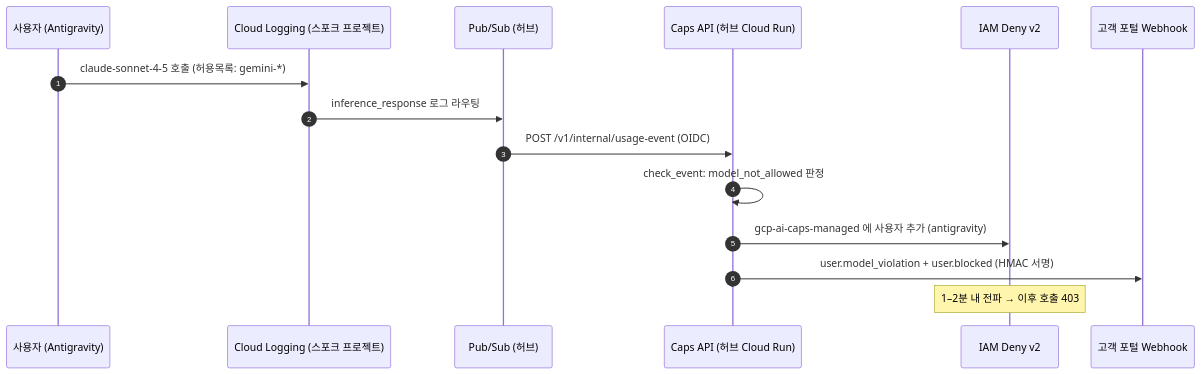
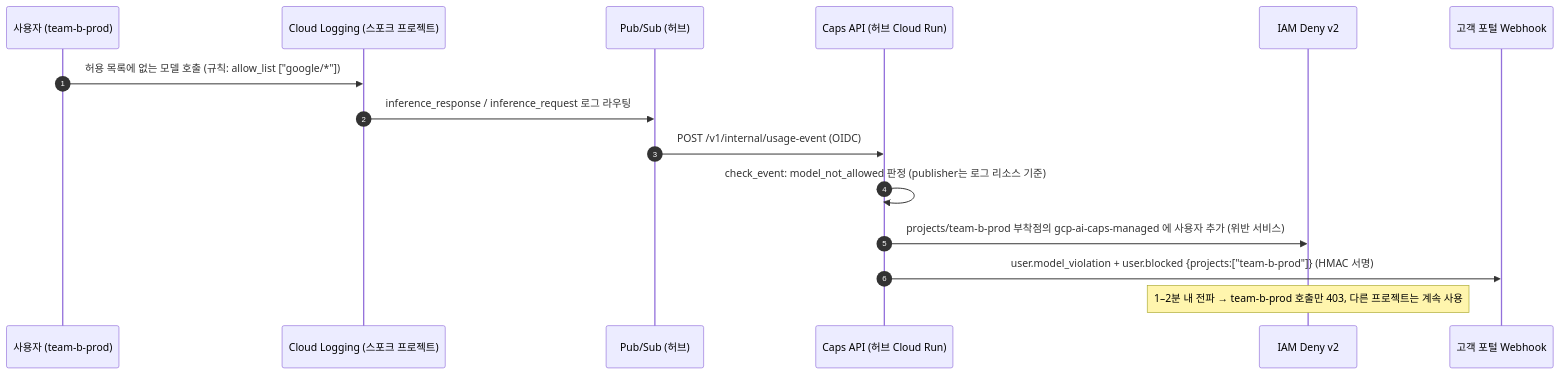
One commit to ldu1225/gcp-ai-usage-caps-api changed the third of 3 diagrams in docs/enforcement-logic.md. Above: the diagram before and after it, drawn with Mermaid. The commit also changed other lines of this file and 54 other files, not shown here.

````diff
--- a/docs/enforcement-logic.md
+++ b/docs/enforcement-logic.md
@@ -88,17 +143,17 @@
 ```mermaid
 sequenceDiagram
     autonumber
-    participant U as 사용자 (Antigravity)
+    participant U as 사용자 (team-b-prod)
     participant L as Cloud Logging (스포크 프로젝트)
     participant P as Pub/Sub (허브)
     participant A as Caps API (허브 Cloud Run)
     participant I as IAM Deny v2
     participant W as 고객 포털 Webhook
-    U->>L: claude-sonnet-4-5 호출 (허용목록: gemini-*)
-    L->>P: inference_response 로그 라우팅
+    U->>L: 허용 목록에 없는 모델 호출 (규칙: allow_list ["google/*"])
+    L->>P: inference_response / inference_request 로그 라우팅
     P->>A: POST /v1/internal/usage-event (OIDC)
-    A->>A: check_event: model_not_allowed 판정
-    A->>I: gcp-ai-caps-managed 에 사용자 추가 (antigravity)
-    A->>W: user.model_violation + user.blocked (HMAC 서명)
-    Note over I: 1–2분 내 전파 → 이후 호출 403
+    A->>A: check_event: model_not_allowed 판정 (publisher는 로그 리소스 기준)
+    A->>I: projects/team-b-prod 부착점의 gcp-ai-caps-managed 에 사용자 추가 (위반 서비스)
+    A->>W: user.model_violation + user.blocked {projects:["team-b-prod"]} (HMAC 서명)
+    Note over I: 1–2분 내 전파 → team-b-prod 호출만 403, 다른 프로젝트는 계속 사용
 ```
````
